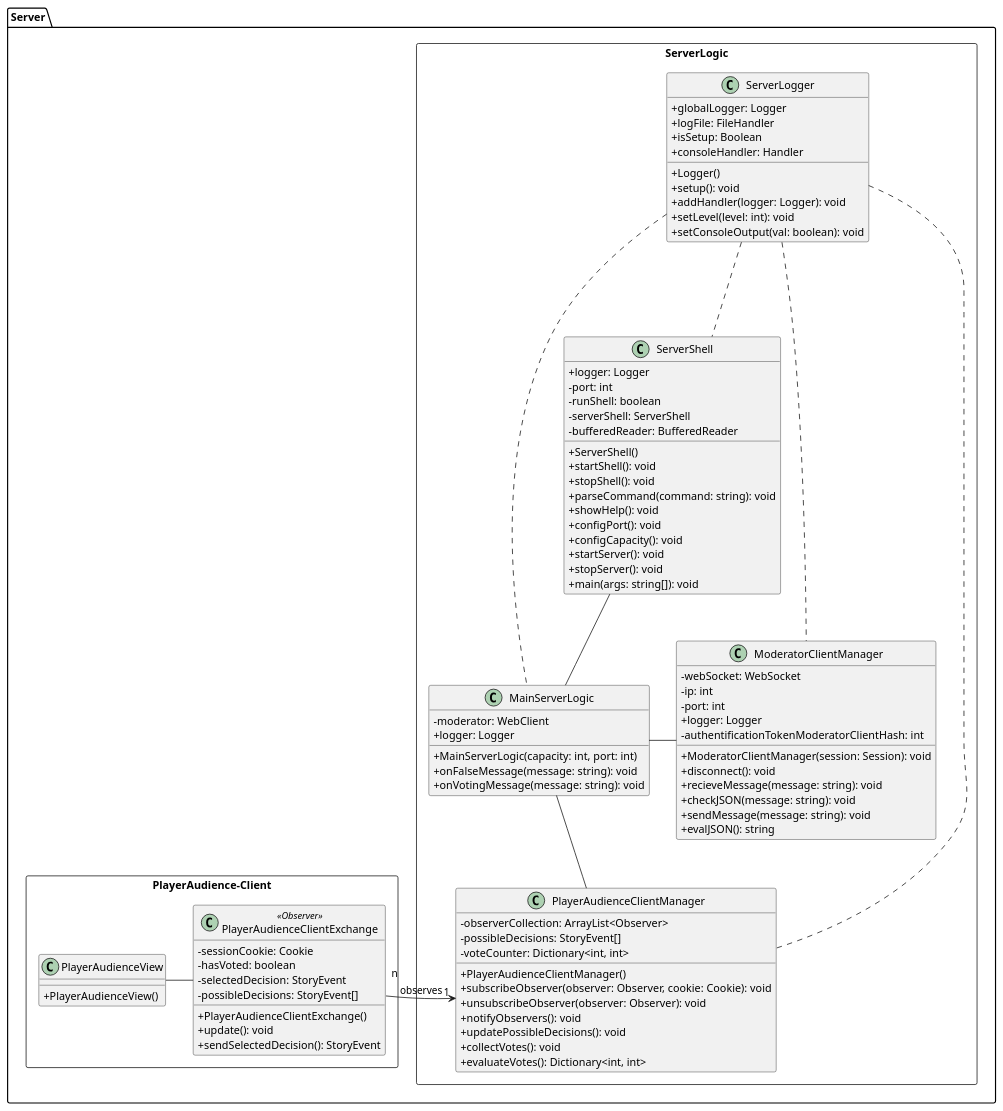
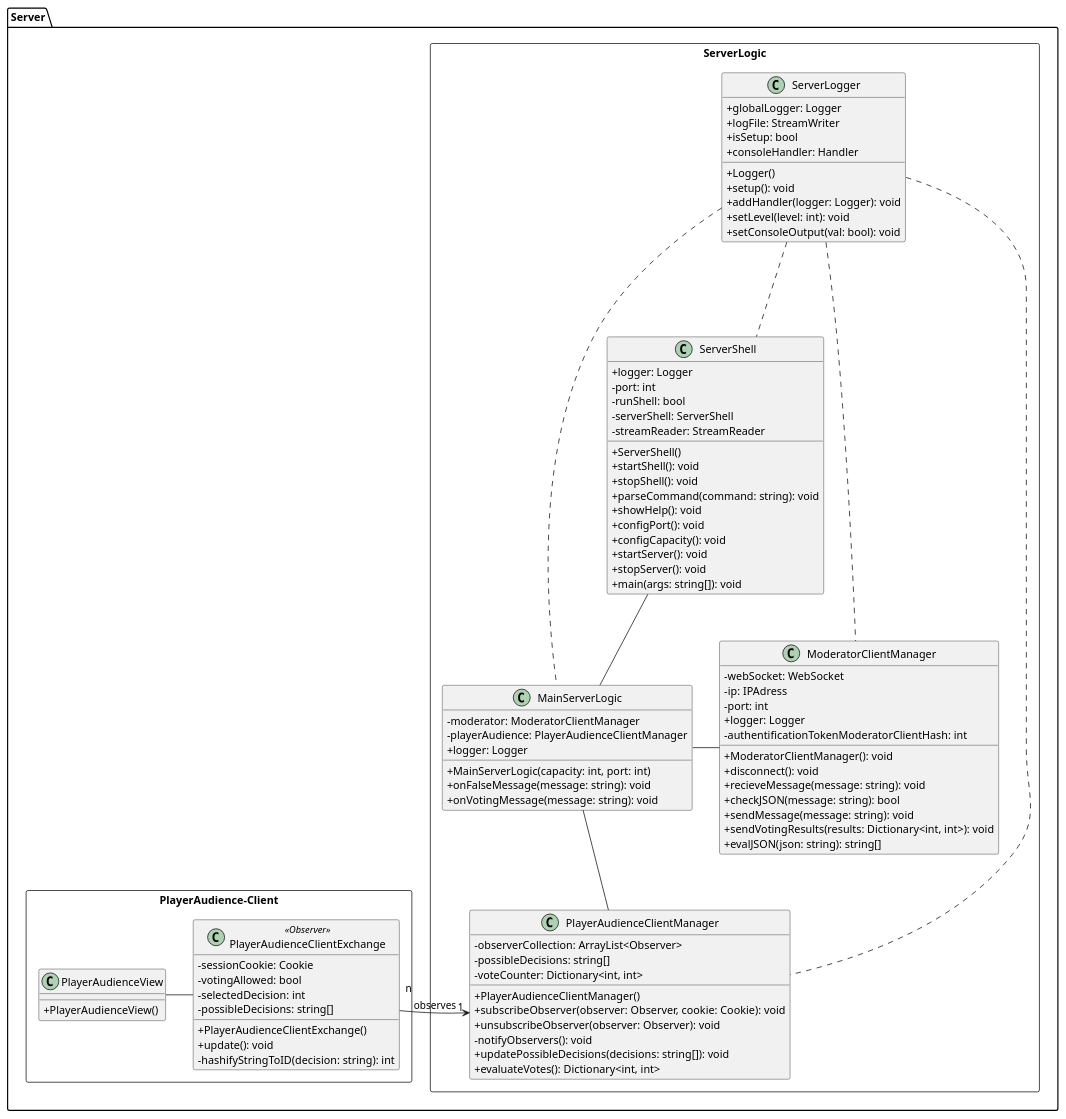
The diagram in Docs/Technical Specifications/docs/diagrams/ClassDiagrams/ServerClassDiagram.puml (Brotenko/QualityQuest), drawn with PlantUML before and after one commit. The commit also changed 1 other file, not shown here.

Commit message:
added changes regarding communication between ServerLogic and Playeraudience-client and of course  also the changes requested in the review

```diff
--- a/Docs/Technical Specifications/docs/diagrams/ClassDiagrams/ServerClassDiagram.puml
+++ b/Docs/Technical Specifications/docs/diagrams/ClassDiagrams/ServerClassDiagram.puml
@@ -1,102 +1,103 @@
 @startuml
 
 skinparam classAttributeIconSize 0
 
 package "Server" {
    
 
   package "ServerLogic" <<Rectangle>>{
     class "ServerShell" as ss {
       {field} +logger: Logger
       {field} -port: int
-      {field} -runShell: boolean
+      {field} -runShell: bool
       {field} -serverShell: ServerShell
-      {field} -bufferedReader: BufferedReader
+      {field} -streamReader: StreamReader
       {method} +ServerShell()
       {method} +startShell(): void
       {method} +stopShell(): void
       {method} +parseCommand(command: string): void
       {method} +showHelp(): void
       {method} +configPort(): void
       {method} +configCapacity(): void
       {method} +startServer(): void
       {method} +stopServer(): void
       {method} +main(args: string[]): void
     }
 
     class "ModeratorClientManager" as cm {
       {field} -webSocket: WebSocket
-      {field} -ip: int
+      {field} -ip: IPAdress
       {field} -port: int
       {field} +logger: Logger
       {field} -authentificationTokenModeratorClientHash: int
-      {method} +ModeratorClientManager(session: Session): void
+      {method} +ModeratorClientManager(): void
       {method} +disconnect(): void
       {method} +recieveMessage(message: string): void
-      {method} +checkJSON(message: string): void
+      {method} +checkJSON(message: string): bool
       {method} +sendMessage(message: string): void
-      {method} +evalJSON(): string
+      {method} +sendVotingResults(results: Dictionary<int, int>): void
+      {method} +evalJSON(json: string): string[]
 
     }    
 
     class "MainServerLogic" as msl {
-      {field} -moderator: WebClient
+      {field} -moderator: ModeratorClientManager
+      {field} -playerAudience: PlayerAudienceClientManager
       {field} +logger: Logger
       {method} +MainServerLogic(capacity: int, port: int)
       {method} +onFalseMessage(message: string): void
       {method} +onVotingMessage(message: string): void
 
     }
 
     class "PlayerAudienceClientManager" as api {
         {field} -observerCollection: ArrayList<Observer>
-        {field} -possibleDecisions: StoryEvent[]
+        {field} -possibleDecisions: string[]
         {field} -voteCounter: Dictionary<int, int>
         {method} +PlayerAudienceClientManager()
         {method} +subscribeObserver(observer: Observer, cookie: Cookie): void
         {method} +unsubscribeObserver(observer: Observer): void
-        {method} +notifyObservers(): void
-        {method} +updatePossibleDecisions(): void
-        {method} +collectVotes(): void
+        {method} -notifyObservers(): void
+        {method} +updatePossibleDecisions(decisions: string[]): void
         {method} +evaluateVotes(): Dictionary<int, int>
   }
 
     class "ServerLogger" as sl {
       {field} +globalLogger: Logger
-      {field} +logFile: FileHandler
-      {field} +isSetup: Boolean
+      {field} +logFile: StreamWriter
+      {field} +isSetup: bool
       {field} +consoleHandler: Handler
       {method} +Logger()
       {method} +setup(): void
       {method} +addHandler(logger: Logger): void
       {method} +setLevel(level: int): void
-      {method} +setConsoleOutput(val: boolean): void
+      {method} +setConsoleOutput(val: bool): void
     }
   }
   package "PlayerAudience-Client" <<Rectangle>>{  
     class "PlayerAudienceClientExchange" as pace <<Observer>>{
       {field} -sessionCookie: Cookie
-      {field} -hasVoted: boolean
-      {field} -selectedDecision: StoryEvent
-      {field} -possibleDecisions: StoryEvent[]
+      {field} -votingAllowed: bool
+      {field} -selectedDecision: int
+      {field} -possibleDecisions: string[]
       {method} +PlayerAudienceClientExchange()
       {method} +update(): void
-      {method} +sendSelectedDecision(): StoryEvent 
+      {method} -hashifyStringToID(decision: string): int
     }
 
     class "PlayerAudienceView" as pav {
       {method} +PlayerAudienceView()
     }
   }
   ss -- msl
   msl - cm
   msl -down- api
   sl ... cm
   sl ... msl
   sl ... api
   sl ... ss
   pace -left- pav
   api "1" <-right- "n" pace : observes
 }
 
 @enduml
```
